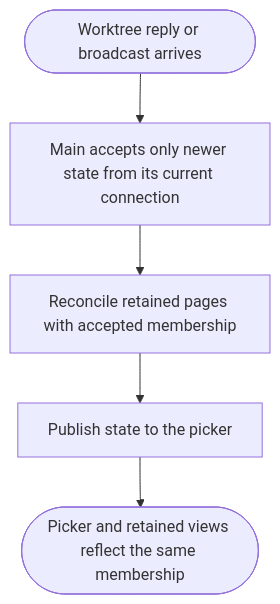
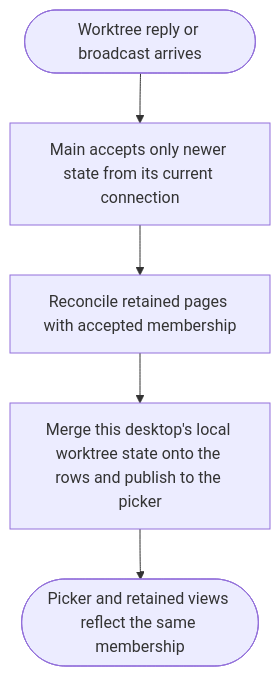
Before and after one commit to takeshibaconsuzuki/ade-overlay: the second of 8 diagrams in workflows/desktop.md, drawn with Mermaid. The commit also changed other lines of this file and 70 other files, not shown here.

````diff
--- a/workflows/desktop.md
+++ b/workflows/desktop.md
@@ -41,7 +41,7 @@
 ```mermaid
 flowchart TD
     Incoming([Worktree reply or broadcast arrives]) --> Store[Main accepts only newer state from its current connection]
     Store --> Reconcile[Reconcile retained pages with accepted membership]
-    Reconcile --> Publish[Publish state to the picker]
+    Reconcile --> Publish[Merge this desktop's local worktree state onto the rows and publish to the picker]
     Publish --> Visible([Picker and retained views reflect the same membership])
 ```
````
